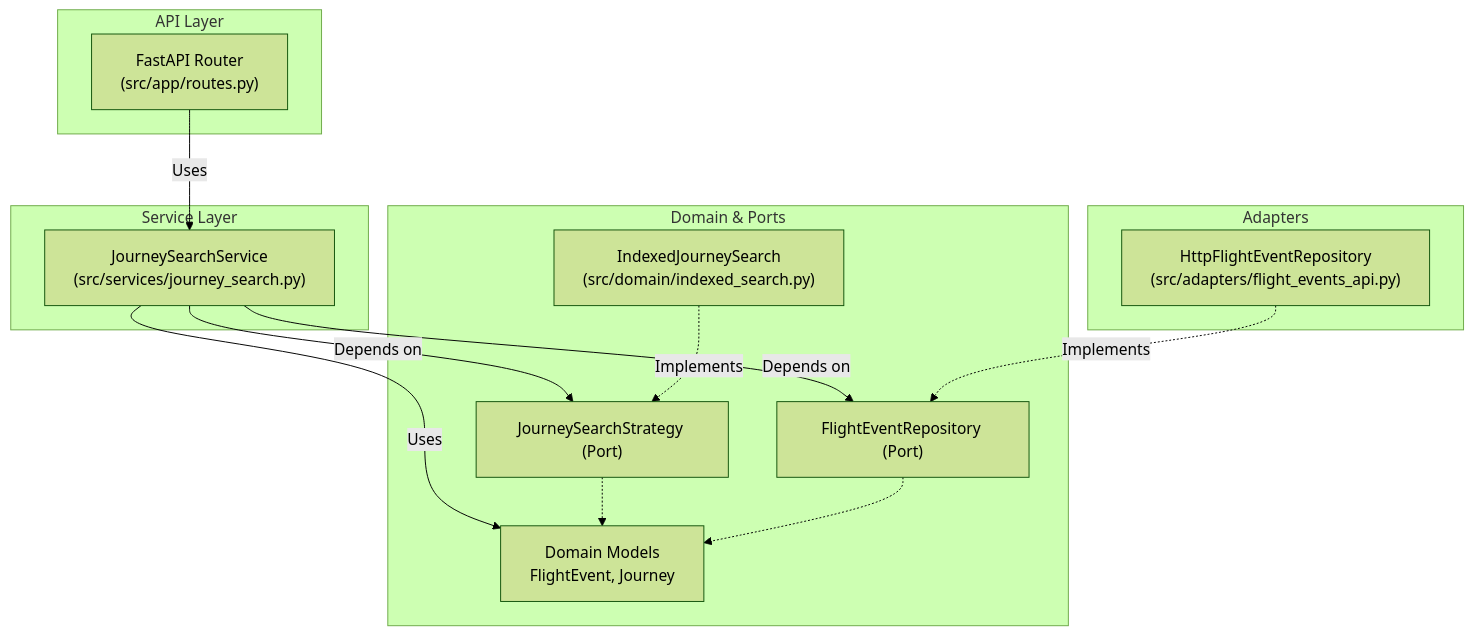
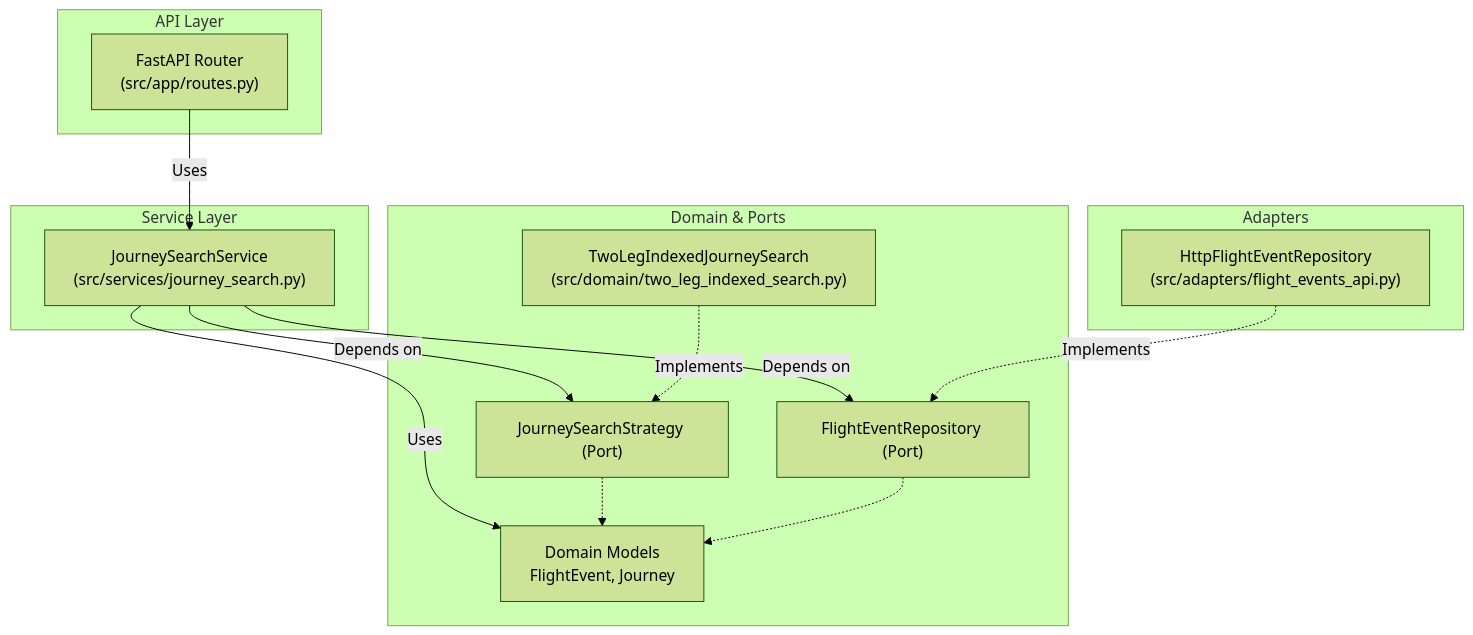
Before and after one commit to andresilm/flights-search: the diagram in docs/architecture.md, drawn with Mermaid (forest theme). The commit also changed other lines of this file and 8 other files, not shown here.

````diff
--- a/docs/architecture.md
+++ b/docs/architecture.md
@@ -7,32 +7,32 @@
 ```mermaid
 flowchart TD
     subgraph API Layer
         Router["FastAPI Router\n(src/app/routes.py)"]
     end
     
     subgraph Service Layer
         Service["JourneySearchService\n(src/services/journey_search.py)"]
     end
     
     subgraph Domain & Ports
         StrategyPort["JourneySearchStrategy (Port)"]
         RepoPort["FlightEventRepository (Port)"]
         Domain["Domain Models\nFlightEvent, Journey"]
-        IndexedStrategy["IndexedJourneySearch\n(src/domain/indexed_search.py)"]
+        IndexedStrategy["TwoLegIndexedJourneySearch\n(src/domain/two_leg_indexed_search.py)"]
     end
     
     subgraph Adapters
         HttpAdapter["HttpFlightEventRepository\n(src/adapters/flight_events_api.py)"]
     end
 
     Router -->|Uses| Service
     Service -->|Depends on| StrategyPort
     Service -->|Depends on| RepoPort
     Service -->|Uses| Domain
     
     IndexedStrategy -.->|Implements| StrategyPort
     HttpAdapter -.->|Implements| RepoPort
     
     StrategyPort -.-> Domain
     RepoPort -.-> Domain
 ```
````
